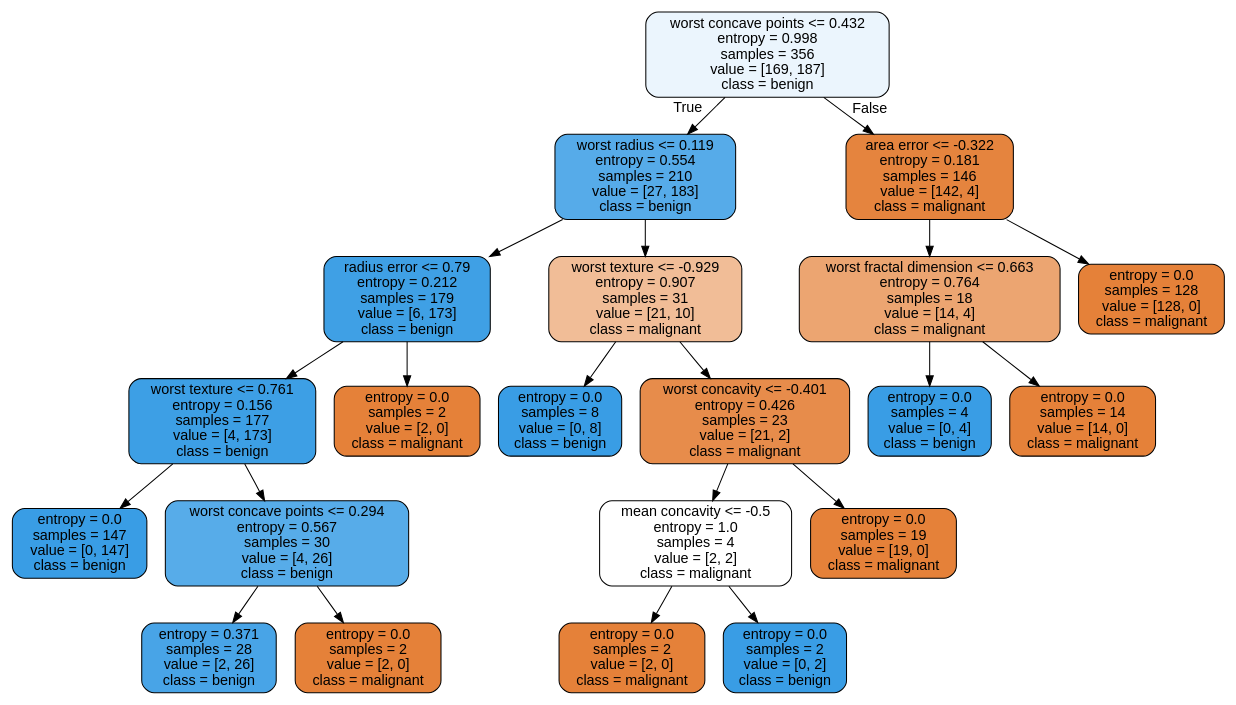
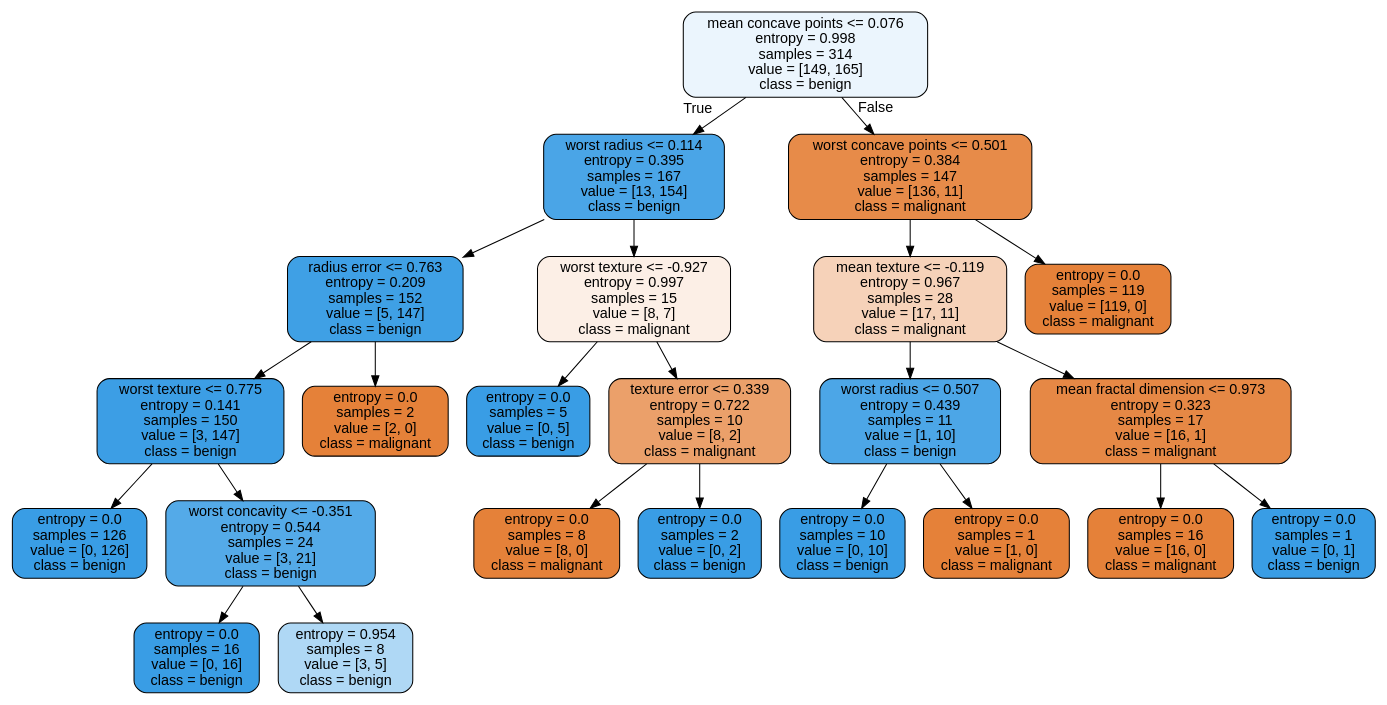
Before and after one commit to ahadimuhsin/credit-card-fraud-detection: the diagram in tree_breast_cancer_enn.dot, drawn with Graphviz. The commit also changed 19 other files, not shown here.

```diff
--- a/tree_breast_cancer_enn.dot
+++ b/tree_breast_cancer_enn.dot
@@ -1,45 +1,49 @@
 digraph Tree {
 node [shape=box, style="filled, rounded", color="black", fontname=helvetica] ;
 edge [fontname=helvetica] ;
-0 [label="worst concave points <= 0.432\nentropy = 0.998\nsamples = 356\nvalue = [169, 187]\nclass = benign", fillcolor="#399de519"] ;
-1 [label="worst radius <= 0.119\nentropy = 0.554\nsamples = 210\nvalue = [27, 183]\nclass = benign", fillcolor="#399de5d9"] ;
+0 [label="mean concave points <= 0.076\nentropy = 0.998\nsamples = 314\nvalue = [149, 165]\nclass = benign", fillcolor="#399de519"] ;
+1 [label="worst radius <= 0.114\nentropy = 0.395\nsamples = 167\nvalue = [13, 154]\nclass = benign", fillcolor="#399de5e9"] ;
 0 -> 1 [labeldistance=2.5, labelangle=45, headlabel="True"] ;
-2 [label="radius error <= 0.79\nentropy = 0.212\nsamples = 179\nvalue = [6, 173]\nclass = benign", fillcolor="#399de5f6"] ;
+2 [label="radius error <= 0.763\nentropy = 0.209\nsamples = 152\nvalue = [5, 147]\nclass = benign", fillcolor="#399de5f6"] ;
 1 -> 2 ;
-3 [label="worst texture <= 0.761\nentropy = 0.156\nsamples = 177\nvalue = [4, 173]\nclass = benign", fillcolor="#399de5f9"] ;
+3 [label="worst texture <= 0.775\nentropy = 0.141\nsamples = 150\nvalue = [3, 147]\nclass = benign", fillcolor="#399de5fa"] ;
 2 -> 3 ;
-4 [label="entropy = 0.0\nsamples = 147\nvalue = [0, 147]\nclass = benign", fillcolor="#399de5ff"] ;
+4 [label="entropy = 0.0\nsamples = 126\nvalue = [0, 126]\nclass = benign", fillcolor="#399de5ff"] ;
 3 -> 4 ;
-5 [label="worst concave points <= 0.294\nentropy = 0.567\nsamples = 30\nvalue = [4, 26]\nclass = benign", fillcolor="#399de5d8"] ;
+5 [label="worst concavity <= -0.351\nentropy = 0.544\nsamples = 24\nvalue = [3, 21]\nclass = benign", fillcolor="#399de5db"] ;
 3 -> 5 ;
-6 [label="entropy = 0.371\nsamples = 28\nvalue = [2, 26]\nclass = benign", fillcolor="#399de5eb"] ;
+6 [label="entropy = 0.0\nsamples = 16\nvalue = [0, 16]\nclass = benign", fillcolor="#399de5ff"] ;
 5 -> 6 ;
-7 [label="entropy = 0.0\nsamples = 2\nvalue = [2, 0]\nclass = malignant", fillcolor="#e58139ff"] ;
+7 [label="entropy = 0.954\nsamples = 8\nvalue = [3, 5]\nclass = benign", fillcolor="#399de566"] ;
 5 -> 7 ;
 8 [label="entropy = 0.0\nsamples = 2\nvalue = [2, 0]\nclass = malignant", fillcolor="#e58139ff"] ;
 2 -> 8 ;
-9 [label="worst texture <= -0.929\nentropy = 0.907\nsamples = 31\nvalue = [21, 10]\nclass = malignant", fillcolor="#e5813986"] ;
+9 [label="worst texture <= -0.927\nentropy = 0.997\nsamples = 15\nvalue = [8, 7]\nclass = malignant", fillcolor="#e5813920"] ;
 1 -> 9 ;
-10 [label="entropy = 0.0\nsamples = 8\nvalue = [0, 8]\nclass = benign", fillcolor="#399de5ff"] ;
+10 [label="entropy = 0.0\nsamples = 5\nvalue = [0, 5]\nclass = benign", fillcolor="#399de5ff"] ;
 9 -> 10 ;
-11 [label="worst concavity <= -0.401\nentropy = 0.426\nsamples = 23\nvalue = [21, 2]\nclass = malignant", fillcolor="#e58139e7"] ;
+11 [label="texture error <= 0.339\nentropy = 0.722\nsamples = 10\nvalue = [8, 2]\nclass = malignant", fillcolor="#e58139bf"] ;
 9 -> 11 ;
-12 [label="mean concavity <= -0.5\nentropy = 1.0\nsamples = 4\nvalue = [2, 2]\nclass = malignant", fillcolor="#e5813900"] ;
+12 [label="entropy = 0.0\nsamples = 8\nvalue = [8, 0]\nclass = malignant", fillcolor="#e58139ff"] ;
 11 -> 12 ;
-13 [label="entropy = 0.0\nsamples = 2\nvalue = [2, 0]\nclass = malignant", fillcolor="#e58139ff"] ;
-12 -> 13 ;
-14 [label="entropy = 0.0\nsamples = 2\nvalue = [0, 2]\nclass = benign", fillcolor="#399de5ff"] ;
-12 -> 14 ;
-15 [label="entropy = 0.0\nsamples = 19\nvalue = [19, 0]\nclass = malignant", fillcolor="#e58139ff"] ;
-11 -> 15 ;
-16 [label="area error <= -0.322\nentropy = 0.181\nsamples = 146\nvalue = [142, 4]\nclass = malignant", fillcolor="#e58139f8"] ;
-0 -> 16 [labeldistance=2.5, labelangle=-45, headlabel="False"] ;
-17 [label="worst fractal dimension <= 0.663\nentropy = 0.764\nsamples = 18\nvalue = [14, 4]\nclass = malignant", fillcolor="#e58139b6"] ;
+13 [label="entropy = 0.0\nsamples = 2\nvalue = [0, 2]\nclass = benign", fillcolor="#399de5ff"] ;
+11 -> 13 ;
+14 [label="worst concave points <= 0.501\nentropy = 0.384\nsamples = 147\nvalue = [136, 11]\nclass = malignant", fillcolor="#e58139ea"] ;
+0 -> 14 [labeldistance=2.5, labelangle=-45, headlabel="False"] ;
+15 [label="mean texture <= -0.119\nentropy = 0.967\nsamples = 28\nvalue = [17, 11]\nclass = malignant", fillcolor="#e581395a"] ;
+14 -> 15 ;
+16 [label="worst radius <= 0.507\nentropy = 0.439\nsamples = 11\nvalue = [1, 10]\nclass = benign", fillcolor="#399de5e6"] ;
+15 -> 16 ;
+17 [label="entropy = 0.0\nsamples = 10\nvalue = [0, 10]\nclass = benign", fillcolor="#399de5ff"] ;
 16 -> 17 ;
-18 [label="entropy = 0.0\nsamples = 4\nvalue = [0, 4]\nclass = benign", fillcolor="#399de5ff"] ;
-17 -> 18 ;
-19 [label="entropy = 0.0\nsamples = 14\nvalue = [14, 0]\nclass = malignant", fillcolor="#e58139ff"] ;
-17 -> 19 ;
-20 [label="entropy = 0.0\nsamples = 128\nvalue = [128, 0]\nclass = malignant", fillcolor="#e58139ff"] ;
-16 -> 20 ;
+18 [label="entropy = 0.0\nsamples = 1\nvalue = [1, 0]\nclass = malignant", fillcolor="#e58139ff"] ;
+16 -> 18 ;
+19 [label="mean fractal dimension <= 0.973\nentropy = 0.323\nsamples = 17\nvalue = [16, 1]\nclass = malignant", fillcolor="#e58139ef"] ;
+15 -> 19 ;
+20 [label="entropy = 0.0\nsamples = 16\nvalue = [16, 0]\nclass = malignant", fillcolor="#e58139ff"] ;
+19 -> 20 ;
+21 [label="entropy = 0.0\nsamples = 1\nvalue = [0, 1]\nclass = benign", fillcolor="#399de5ff"] ;
+19 -> 21 ;
+22 [label="entropy = 0.0\nsamples = 119\nvalue = [119, 0]\nclass = malignant", fillcolor="#e58139ff"] ;
+14 -> 22 ;
 }
```
